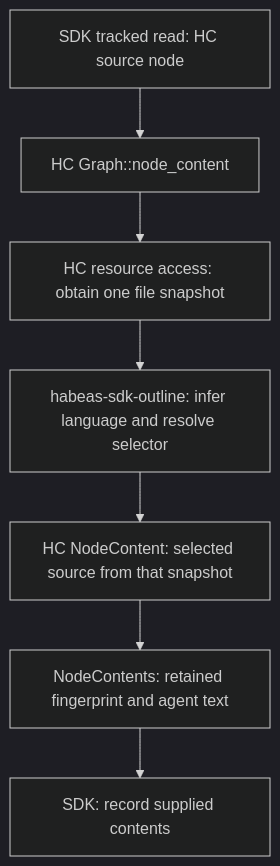
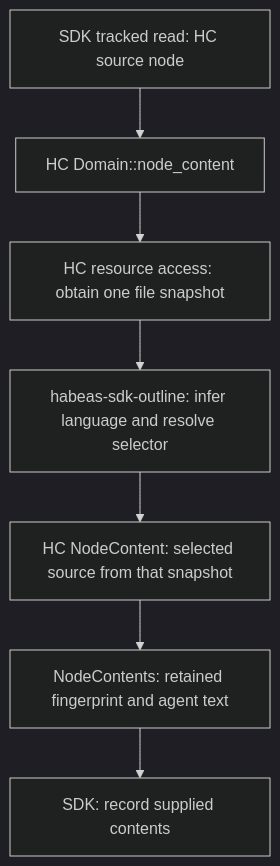
Before and after one commit to nikomatsakis/habeas-codicem: the first of 2 diagrams in md/requirements/sdk/sources.md, drawn with Mermaid (dark theme). The commit also changed other lines of this file and 11 other files, not shown here.

````diff
--- a/md/requirements/sdk/sources.md
+++ b/md/requirements/sdk/sources.md
@@ -41,9 +41,9 @@
 ```mermaid
 flowchart TD
-    Read["SDK tracked read: HC source node"] --> HC["HC Graph::node_content"]
+    Read["SDK tracked read: HC source node"] --> HC["HC Domain::node_content"]
     HC --> Bytes["HC resource access: obtain one file snapshot"]
     Bytes --> Parse["habeas-sdk-outline: infer language and resolve selector"]
     Parse --> Content["HC NodeContent: selected source from that snapshot"]
     Content --> Describe["NodeContents: retained fingerprint and agent text"]
     Describe --> Track["SDK: record supplied contents"]
 ```
````
